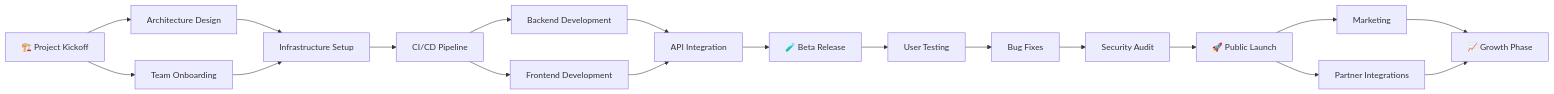
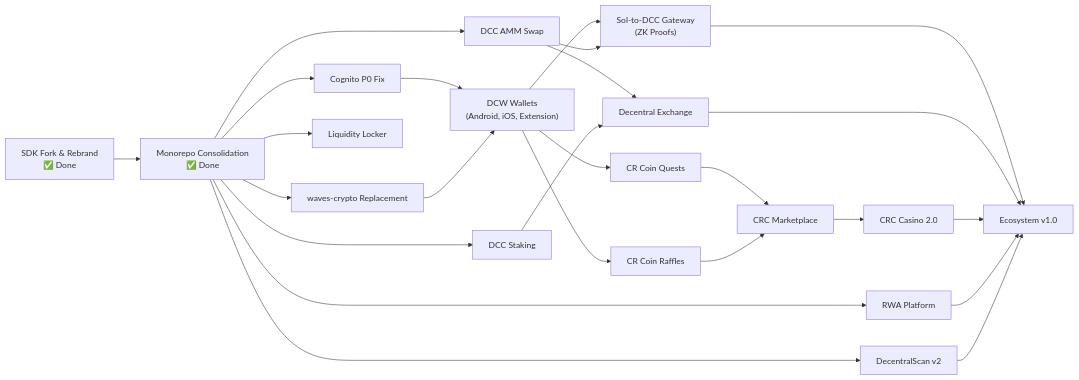
The fifth of 11 diagrams in ROADMAP.md (33imattei33/roadmap-project), drawn with Mermaid before and after one commit. The commit also changed other lines of this file and 6 other files, not shown here.

First line of the commit message:
Replace placeholder roadmap with real DecentralChain ecosystem data

````diff
--- a/ROADMAP.md
+++ b/ROADMAP.md
@@ -117,24 +213,33 @@
 ```mermaid
 flowchart LR
-    A[🏗️ Project Kickoff] --> B[Architecture Design]
-    A --> C[Team Onboarding]
-    B --> D[Infrastructure Setup]
-    C --> D
-    D --> E[CI/CD Pipeline]
+    A["SDK Fork & Rebrand<br/>✅ Done"] --> B["Monorepo Consolidation<br/>✅ Done"]
+    B --> C["Cognito P0 Fix"]
+    B --> D["waves-crypto Replacement"]
 
-    E --> F[Backend Development]
-    E --> G[Frontend Development]
-    F --> H[API Integration]
+    C --> E["DCW Wallets<br/>(Android, iOS, Extension)"]
+    D --> E
+
+    B --> F["DCC AMM Swap"]
+    B --> G["DCC Staking"]
+    F --> H["Decentral Exchange"]
     G --> H
 
-    H --> I[🧪 Beta Release]
-    I --> J[User Testing]
-    J --> K[Bug Fixes]
-    K --> L[Security Audit]
+    E --> I["Sol-to-DCC Gateway<br/>(ZK Proofs)"]
+    F --> I
+    B --> J["Liquidity Locker"]
+    B --> K["RWA Platform"]
 
-    L --> M[🚀 Public Launch]
-    M --> N[Marketing]
-    M --> O[Partner Integrations]
-    N --> P[📈 Growth Phase]
+    E --> L["CR Coin Quests"]
+    E --> M["CR Coin Raffles"]
+    L --> N["CRC Marketplace"]
+    M --> N
+    N --> O["CRC Casino 2.0"]
+
+    I --> P["Ecosystem v1.0"]
+    H --> P
     O --> P
+    K --> P
+
+    B --> Q["DecentralScan v2"]
+    Q --> P
 ```
````
